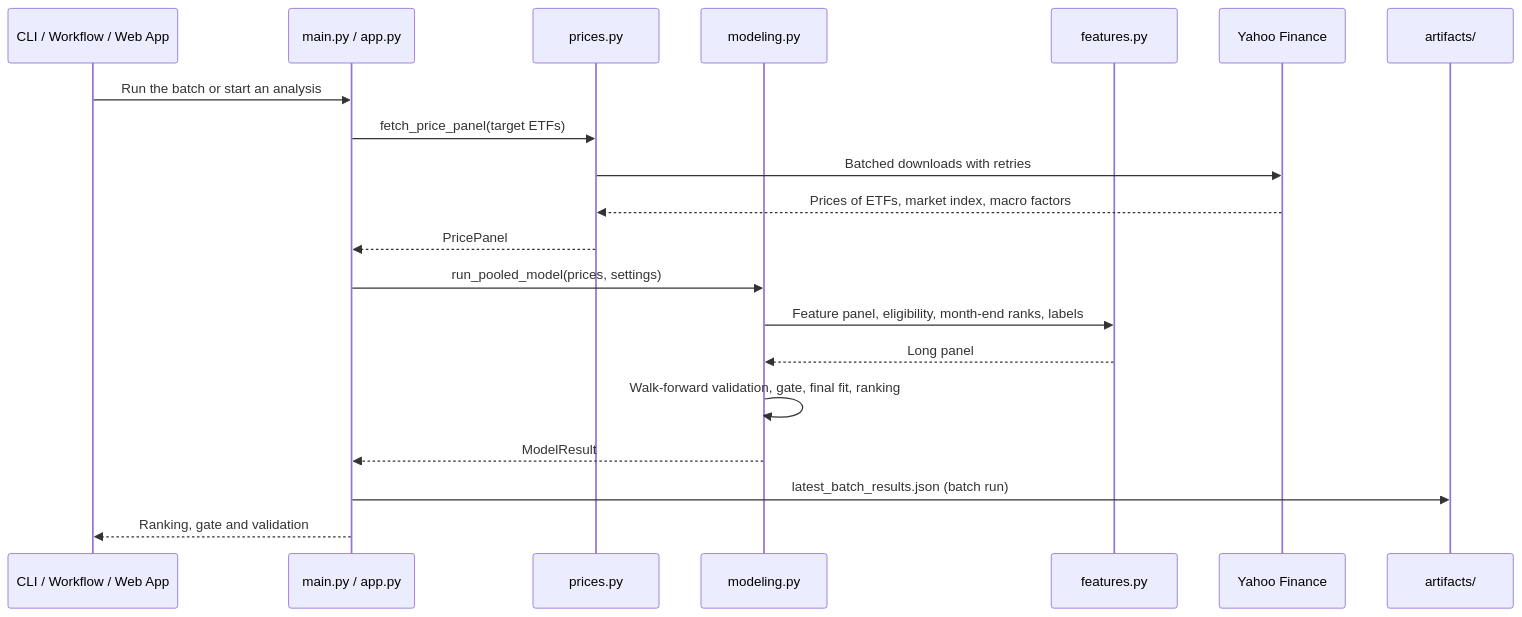
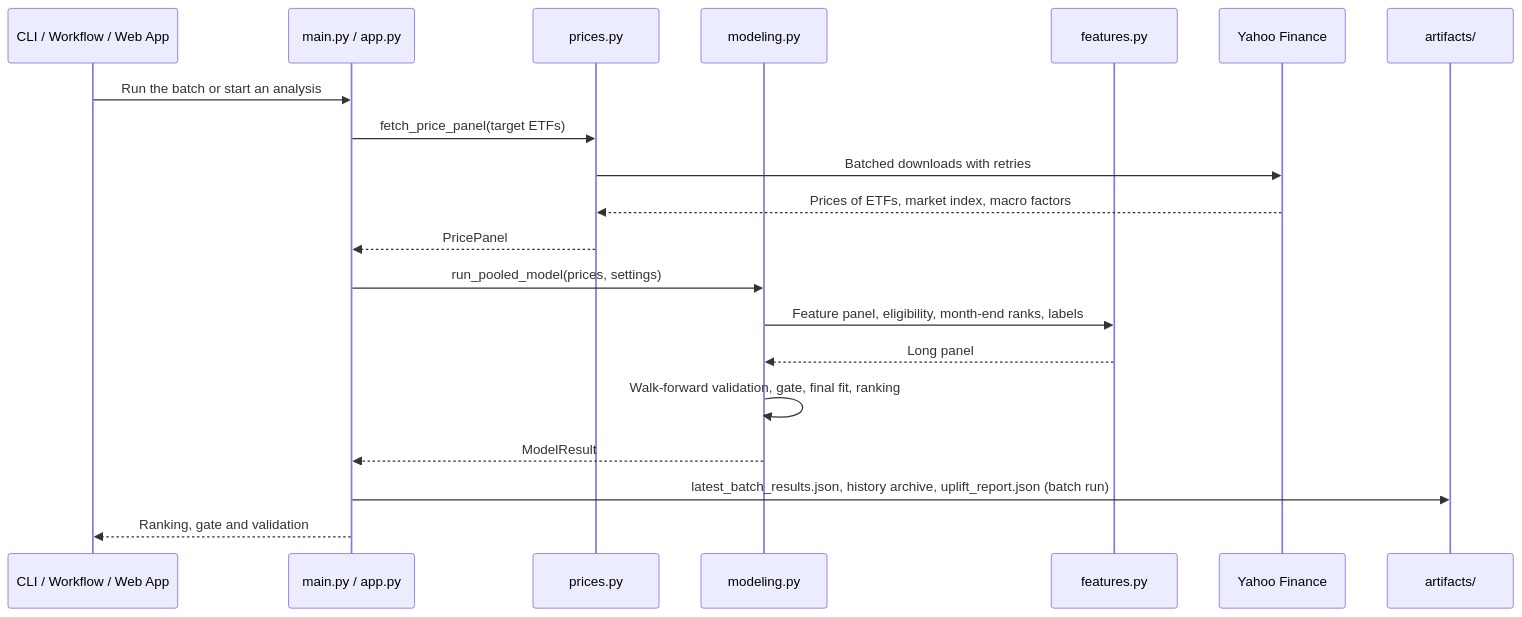
Before and after one commit to kleinnconrad/ml.prediction.etf: the diagram in src/readme.md, drawn with Mermaid. The commit also changed other lines of this file and 11 other files, not shown here.

````diff
--- a/src/readme.md
+++ b/src/readme.md
@@ -22,23 +23,23 @@
 ```mermaid
 sequenceDiagram
     participant User as CLI / Workflow / Web App
     participant Main as main.py / app.py
     participant Prices as prices.py
     participant Model as modeling.py
     participant Features as features.py
     participant Ext as Yahoo Finance
     participant FS as artifacts/
 
     User->>Main: Run the batch or start an analysis
     Main->>Prices: fetch_price_panel(target ETFs)
     Prices->>Ext: Batched downloads with retries
     Ext-->>Prices: Prices of ETFs, market index, macro factors
     Prices-->>Main: PricePanel
     Main->>Model: run_pooled_model(prices, settings)
     Model->>Features: Feature panel, eligibility, month-end ranks, labels
     Features-->>Model: Long panel
     Model->>Model: Walk-forward validation, gate, final fit, ranking
     Model-->>Main: ModelResult
-    Main->>FS: latest_batch_results.json (batch run)
+    Main->>FS: latest_batch_results.json, history archive, uplift_report.json (batch run)
     Main-->>User: Ranking, gate and validation
 ```
````
